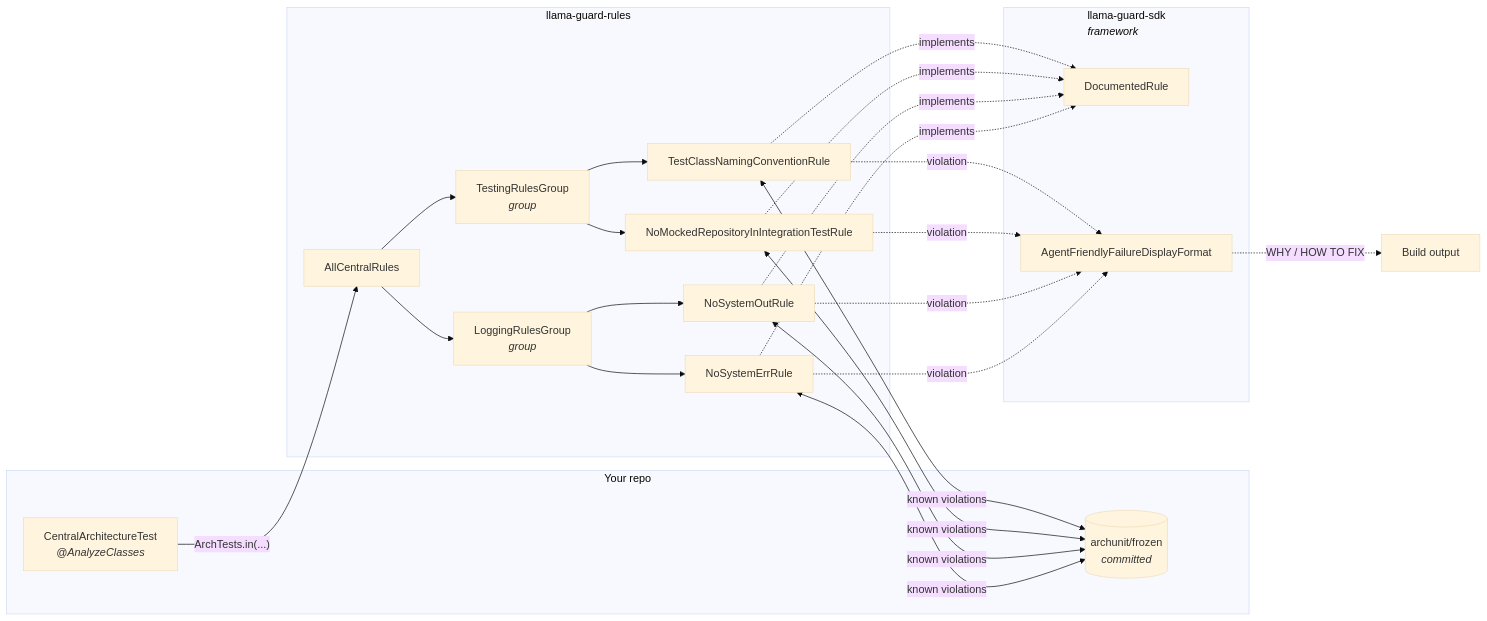
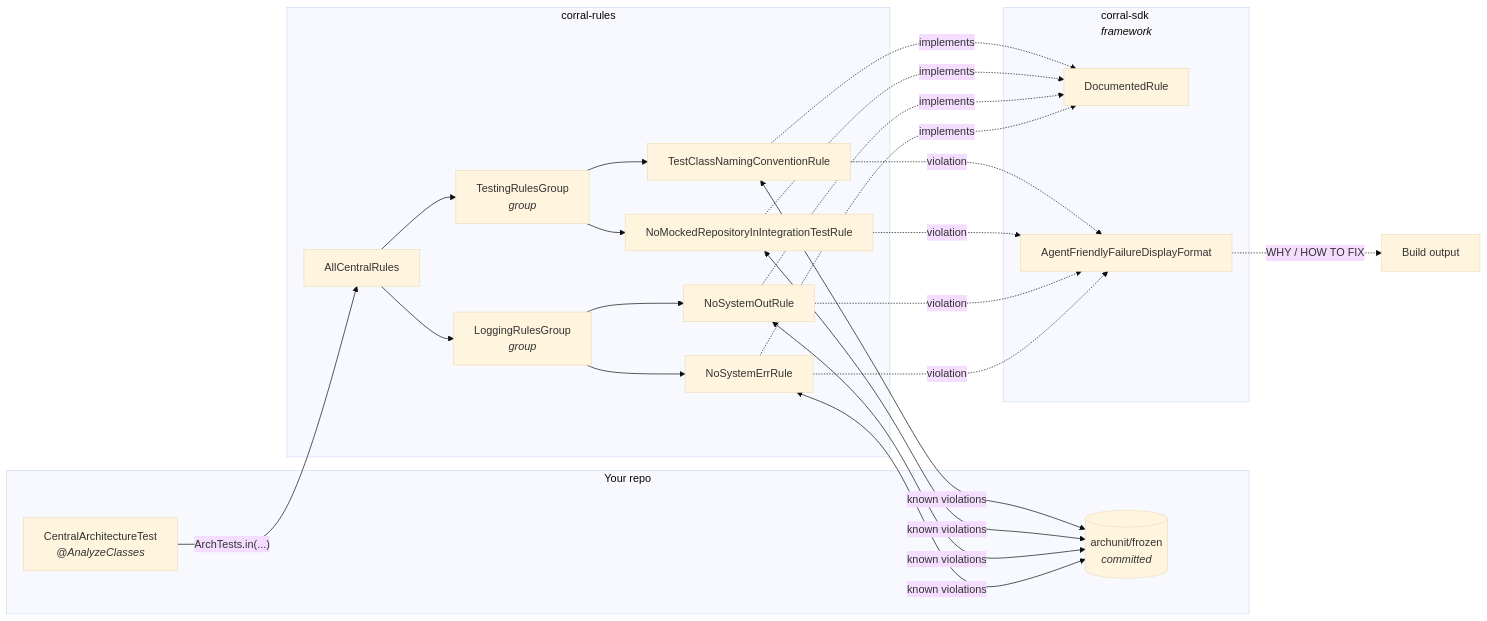
The first of 2 diagrams in README.md (MilczekT1/Corral), drawn with Mermaid (base theme) before and after one commit. The commit also changed other lines of this file and 140 other files, not shown here.

Commit message:
refactor: Rename the project from LLamaGuard to Corral (#10)

````diff
--- a/README.md
+++ b/README.md
@@ -21,34 +21,34 @@
 ```mermaid
 flowchart LR
     subgraph consumer["Your repo"]
         CT["CentralArchitectureTest<br/><i>@AnalyzeClasses</i>"]
         STORE[("archunit/frozen<br/><i>committed</i>")]
     end
 
-    subgraph rules["llama-guard-rules"]
+    subgraph rules["corral-rules"]
         ACR["AllCentralRules"]
         TG["TestingRulesGroup<br/><i>group</i>"]
         LG["LoggingRulesGroup<br/><i>group</i>"]
         R1["TestClassNamingConventionRule"]
         R2["NoMockedRepositoryInIntegrationTestRule"]
         R3["NoSystemOutRule"]
         R4["NoSystemErrRule"]
     end
 
-    subgraph sdk["llama-guard-sdk<br/><i>framework</i>"]
+    subgraph sdk["corral-sdk<br/><i>framework</i>"]
         DR["DocumentedRule"]
         FMT["AgentFriendlyFailureDisplayFormat"]
     end
 
     CT -->|"ArchTests.in(...)"| ACR
     ACR --> TG
     ACR --> LG
     TG --> R1
     TG --> R2
     LG --> R3
     LG --> R4
     R1 & R2 & R3 & R4 -.->|"implements"| DR
     R1 & R2 & R3 & R4 -.->|"violation"| FMT
     FMT -.->|"WHY / HOW TO FIX"| OUT["Build output"]
     R1 & R2 & R3 & R4 <-->|"known violations"| STORE
 ```
````
